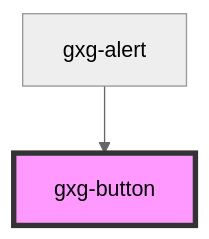
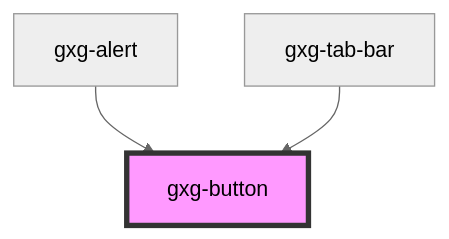
One commit to genexuslabs/gemini changed the diagram in src/components/button/readme.md. Above: the diagram before and after it, drawn with Mermaid (neutral theme). The commit also changed other lines of this file and 70 other files, not shown here.

````diff
--- a/src/components/button/readme.md
+++ b/src/components/button/readme.md
@@ -55,5 +32,6 @@
 ```mermaid
 graph TD;
   gxg-alert --> gxg-button
+  gxg-tab-bar --> gxg-button
   style gxg-button fill:#f9f,stroke:#333,stroke-width:4px
 ```
````
